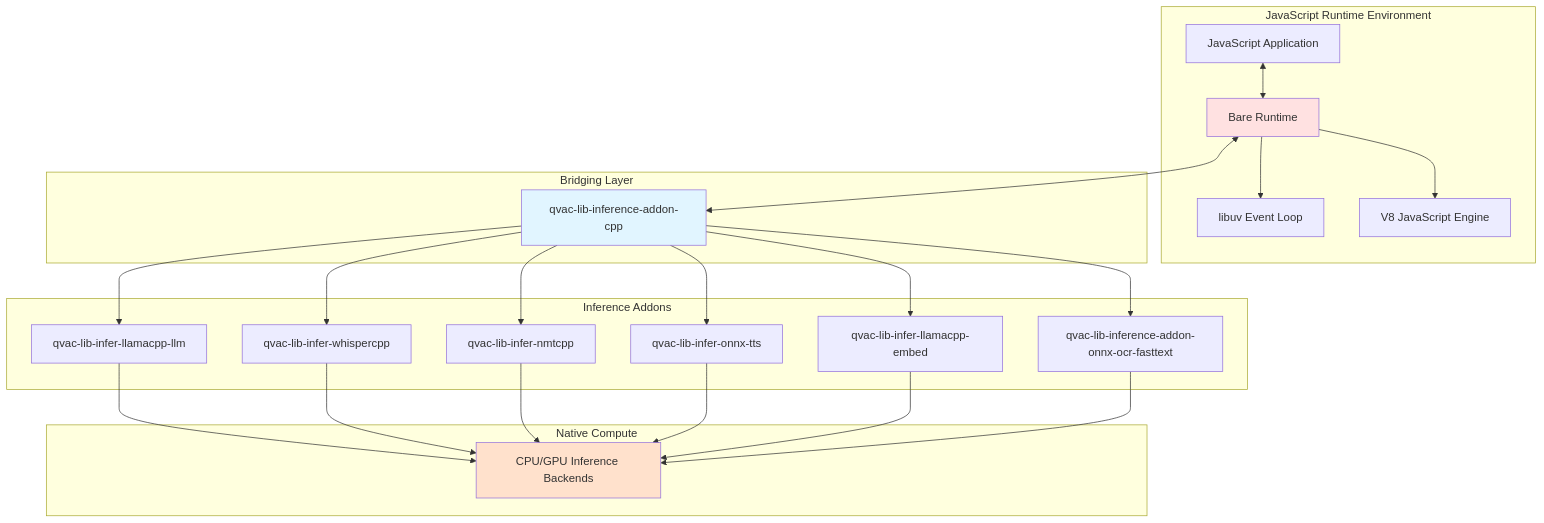
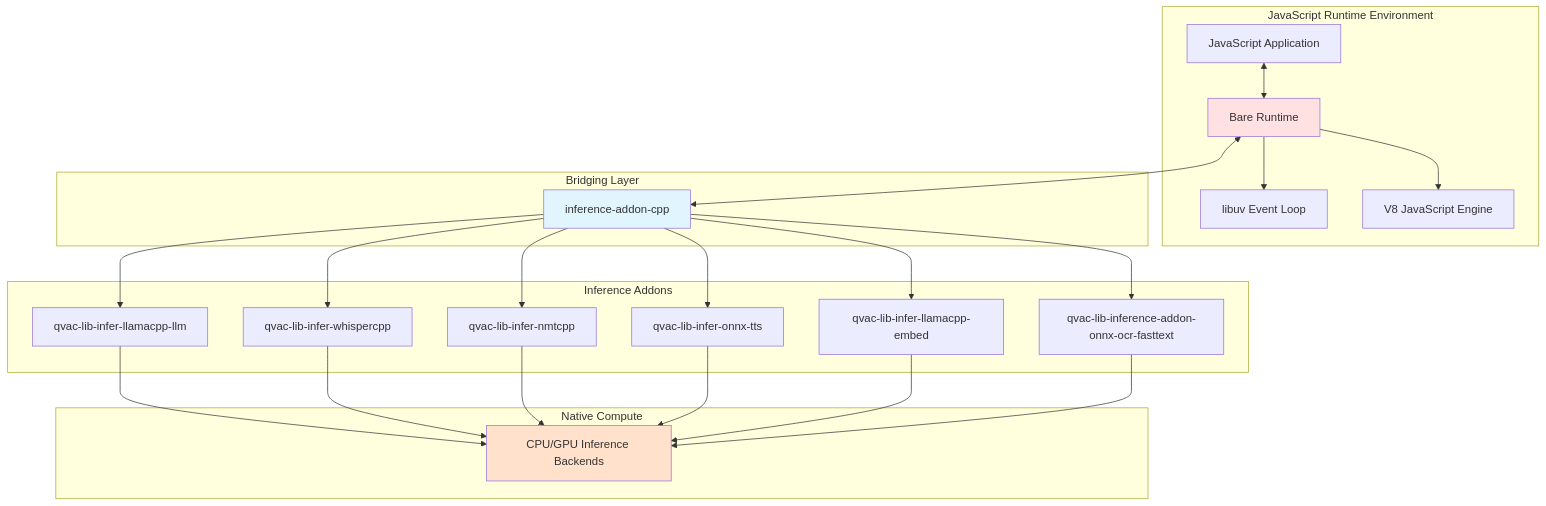
One commit to tetherto/qvac changed the first of 3 diagrams in packages/inference-addon-cpp/docs/architecture.md. Above: the diagram before and after it, drawn with Mermaid. The commit also changed other lines of this file and 190 other files, not shown here.

Commit message:
chore: rn inference-addon and update paths (strip qvac prefixing)

````diff
--- a/packages/inference-addon-cpp/docs/architecture.md
+++ b/packages/inference-addon-cpp/docs/architecture.md
@@ -86,50 +86,50 @@
 ```mermaid
 graph TB
     subgraph "JavaScript Runtime Environment"
         APP[JavaScript Application]
         BARE[Bare Runtime]
         LIBUV[libuv Event Loop]
         V8[V8 JavaScript Engine]
         
         APP <--> BARE
         BARE --> LIBUV
         BARE --> V8
     end
     
     subgraph "Bridging Layer"
-        ADDON_CPP[qvac-lib-inference-addon-cpp]
+        ADDON_CPP[inference-addon-cpp]
     end
     
     subgraph "Inference Addons"
         LLAMA[qvac-lib-infer-llamacpp-llm]
         WHISPER[qvac-lib-infer-whispercpp]
         NMT[qvac-lib-infer-nmtcpp]
         TTS[qvac-lib-infer-onnx-tts]
         EMBED[qvac-lib-infer-llamacpp-embed]
         OCR[qvac-lib-inference-addon-onnx-ocr-fasttext]
     end
     
     subgraph "Native Compute"
         CPU_GPU[CPU/GPU Inference Backends]
     end
     
     BARE <--> ADDON_CPP
     
     ADDON_CPP --> LLAMA
     ADDON_CPP --> WHISPER
     ADDON_CPP --> NMT
     ADDON_CPP --> TTS
     ADDON_CPP --> EMBED
     ADDON_CPP --> OCR
     
     LLAMA --> CPU_GPU
     WHISPER --> CPU_GPU
     NMT --> CPU_GPU
     TTS --> CPU_GPU
     EMBED --> CPU_GPU
     OCR --> CPU_GPU
     
     style ADDON_CPP fill:#e1f5ff
     style BARE fill:#ffe1e1
     style CPU_GPU fill:#ffe1cc
 ```
````
